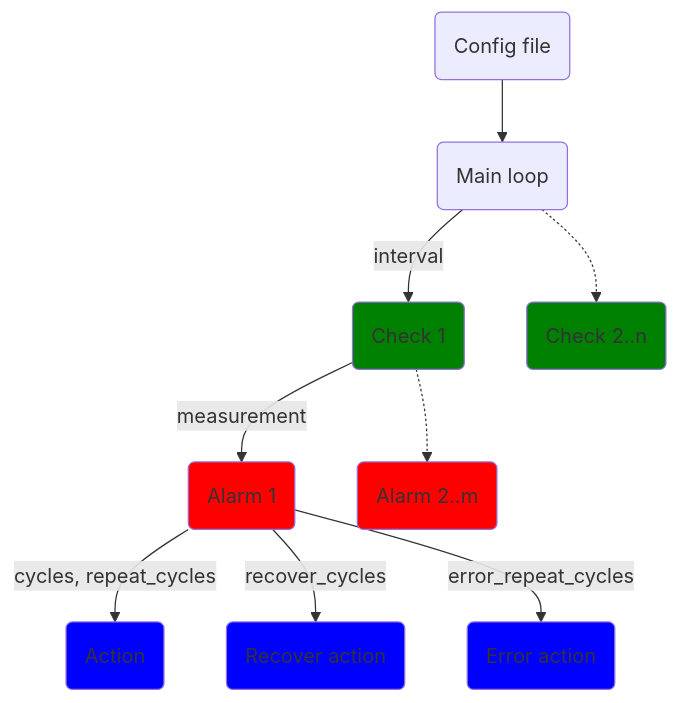
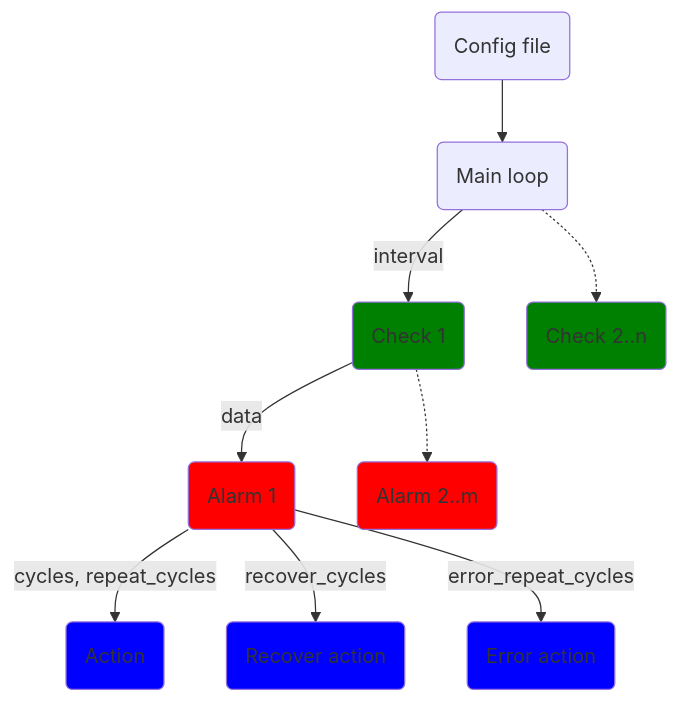
One commit to flo-at/minmon changed the first of 2 diagrams in README.md. Above: the diagram before and after it, drawn with Mermaid. The commit also changed other lines of this file, not shown here.

Commit message:
readme: rename 'measurement' into 'data' to match the source code

````diff
--- a/README.md
+++ b/README.md
@@ -68,19 +68,19 @@
 ```mermaid
 graph TD
     A(Config file) --> B(Main loop)
     B -->|interval| C(Check 1)
     B -.-> D(Check 2..n)
-    C -->|measurement| E(Alarm 1)
+    C -->|data| E(Alarm 1)
     C -.-> F(Alarm 2..m)
     E -->|cycles, repeat_cycles| G(Action)
     E -->|recover_cycles| H(Recover action)
     E -->|error_repeat_cycles| I(Error action)
 
     style C fill:green;
     style D fill:green;
     style E fill:red;
     style F fill:red;
     style G fill:blue;
     style H fill:blue;
     style I fill:blue;
 ```
````
